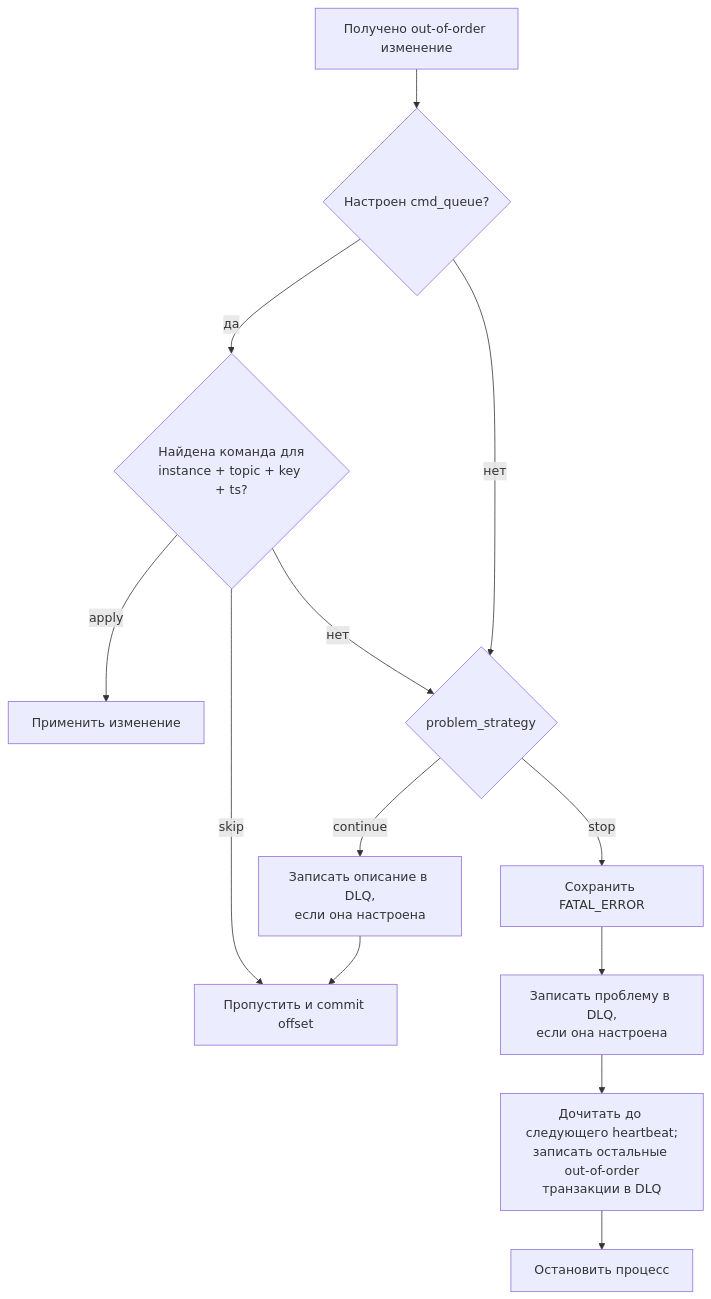
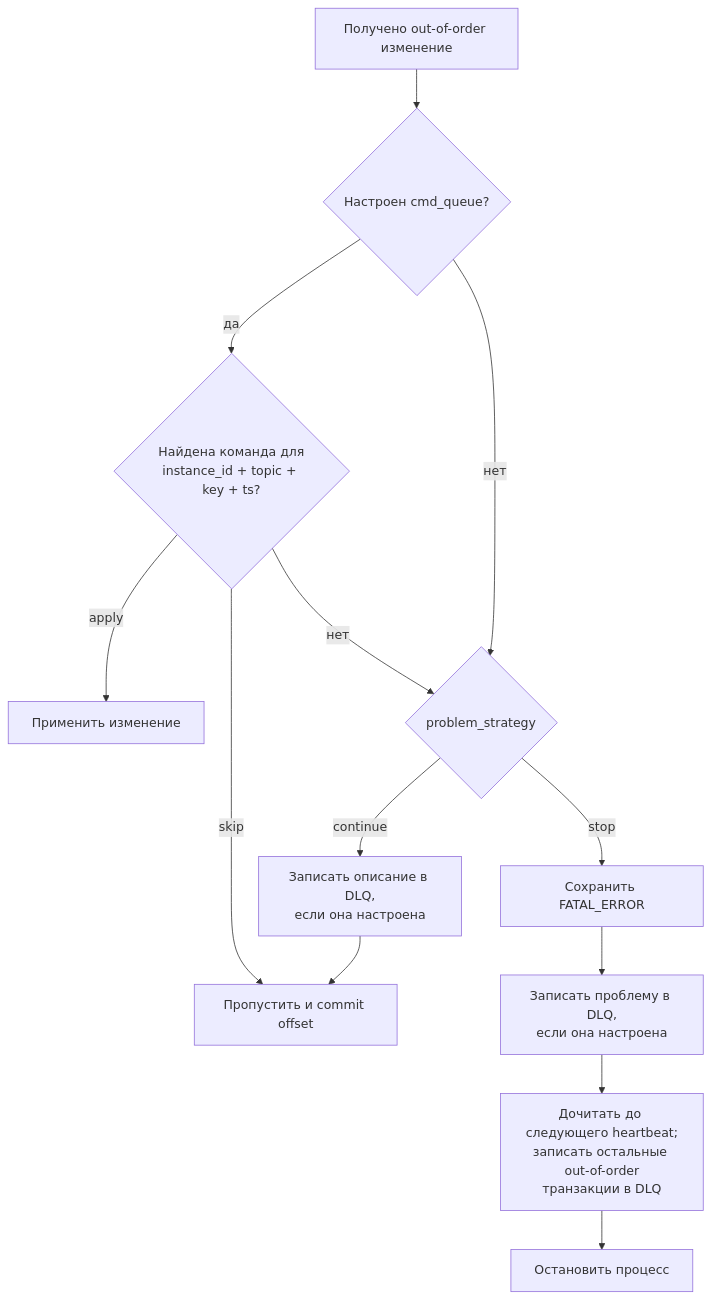
Before and after one commit to ydb-platform/aardappel: the eighth of 8 diagrams in README.md, drawn with Mermaid. The commit also changed other lines of this file and 7 other files, not shown here.

````diff
--- a/README.md
+++ b/README.md
@@ -1300,15 +1433,15 @@
 ```mermaid
 flowchart TD
     O[Получено out-of-order изменение] --> C{Настроен cmd_queue?}
-    C -->|да| F{Найдена команда для<br/>instance + topic + key + ts?}
+    C -->|да| F{Найдена команда для<br/>instance_id + topic + key + ts?}
     F -->|apply| A[Применить изменение]
     F -->|skip| S[Пропустить и commit offset]
     F -->|нет| P{problem_strategy}
     C -->|нет| P
     P -->|continue| D[Записать описание в DLQ,<br/>если она настроена]
     D --> S
     P -->|stop| E[Сохранить FATAL_ERROR]
     E --> SD[Записать проблему в DLQ,<br/>если она настроена]
     SD --> R[Дочитать до следующего heartbeat;<br/>записать остальные out-of-order<br/>транзакции в DLQ]
     R --> X[Остановить процесс]
 ```
````
